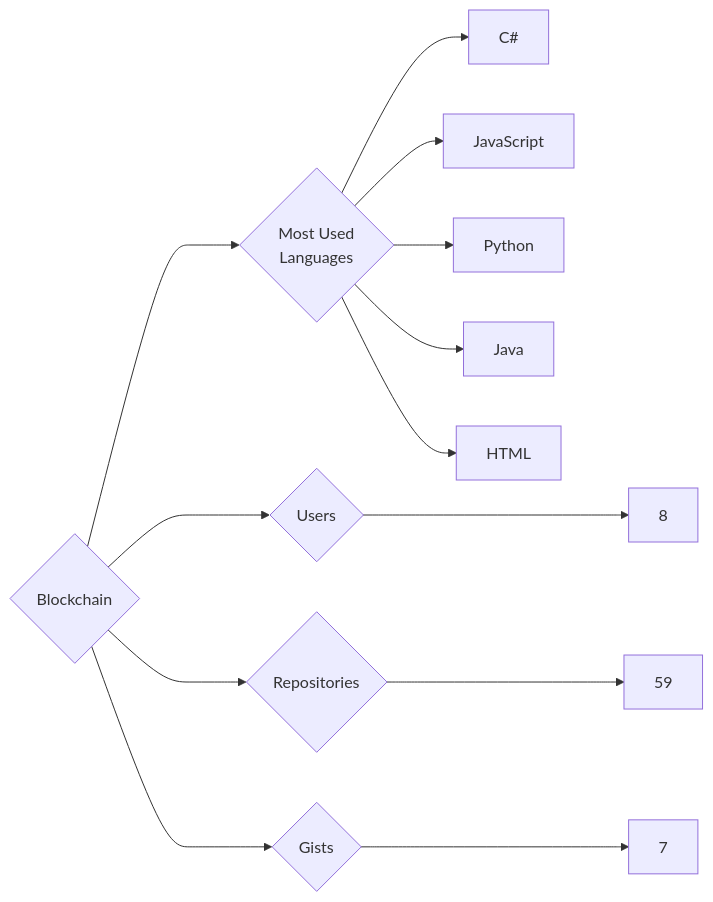
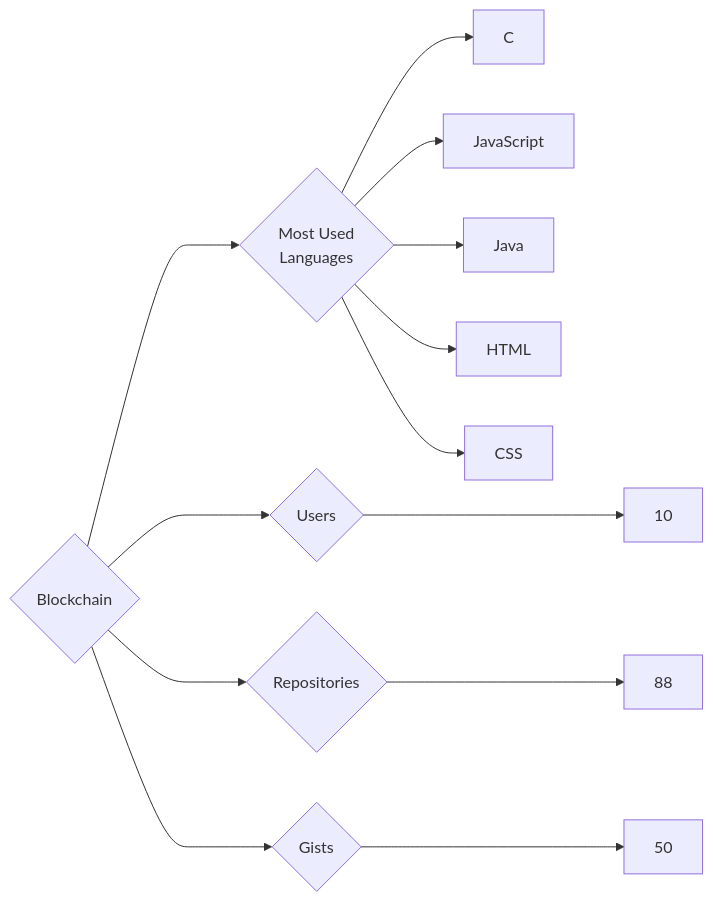
Before and after one commit to trickest/insiders: the diagram in targets/Blockchain/README.md, drawn with Mermaid. The commit also changed 880 other files, not shown here.

````diff
--- a/targets/Blockchain/README.md
+++ b/targets/Blockchain/README.md
@@ -3,13 +3,13 @@
 ```mermaid
 graph LR
 COMPANY_NAME{Blockchain}
-COMPANY_NAME ---> U{Users} ---> UN[8]
-COMPANY_NAME ---> R{Repositories} ---> RN[59]
-COMPANY_NAME ---> G{Gists} ---> GN[7]
+COMPANY_NAME ---> U{Users} ---> UN[10]
+COMPANY_NAME ---> R{Repositories} ---> RN[88]
+COMPANY_NAME ---> G{Gists} ---> GN[50]
 COMPANY_NAME ---> ML{Most Used<br>Languages}
-ML --> C#[C#]
+ML --> C[C]
 ML --> JavaScript[JavaScript]
-ML --> Python[Python]
 ML --> Java[Java]
 ML --> HTML[HTML]
+ML --> CSS[CSS]
 ```
````
